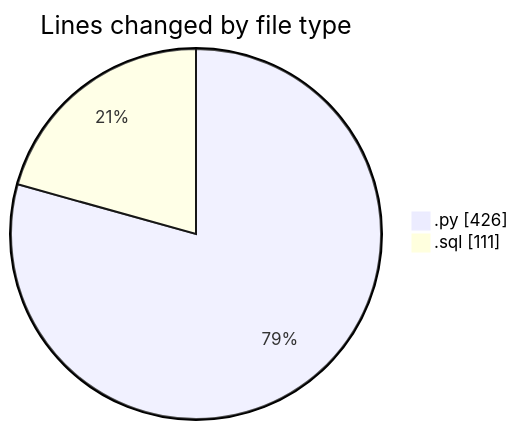
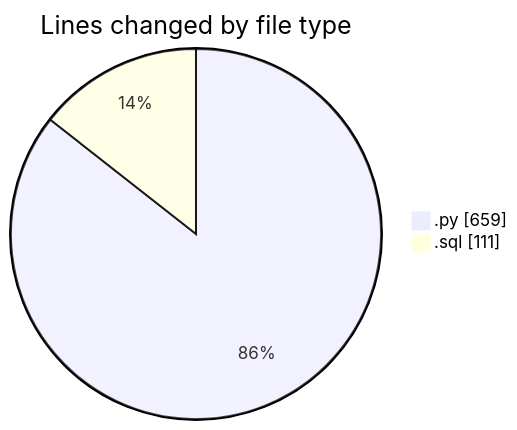
Before and after one commit to trdunsworth/code-tracking: the first of 2 diagrams in 2025-04-22/synth_911data_gen/README.md, drawn with Mermaid. The commit also changed other lines of this file and 1 other file, not shown here.

````diff
--- a/2025-04-22/synth_911data_gen/README.md
+++ b/2025-04-22/synth_911data_gen/README.md
@@ -21,6 +21,6 @@
 ```mermaid
 pie showData
 title Lines changed by file type
-".py" : 426
+".py" : 659
 ".sql" : 111
 ```
````
